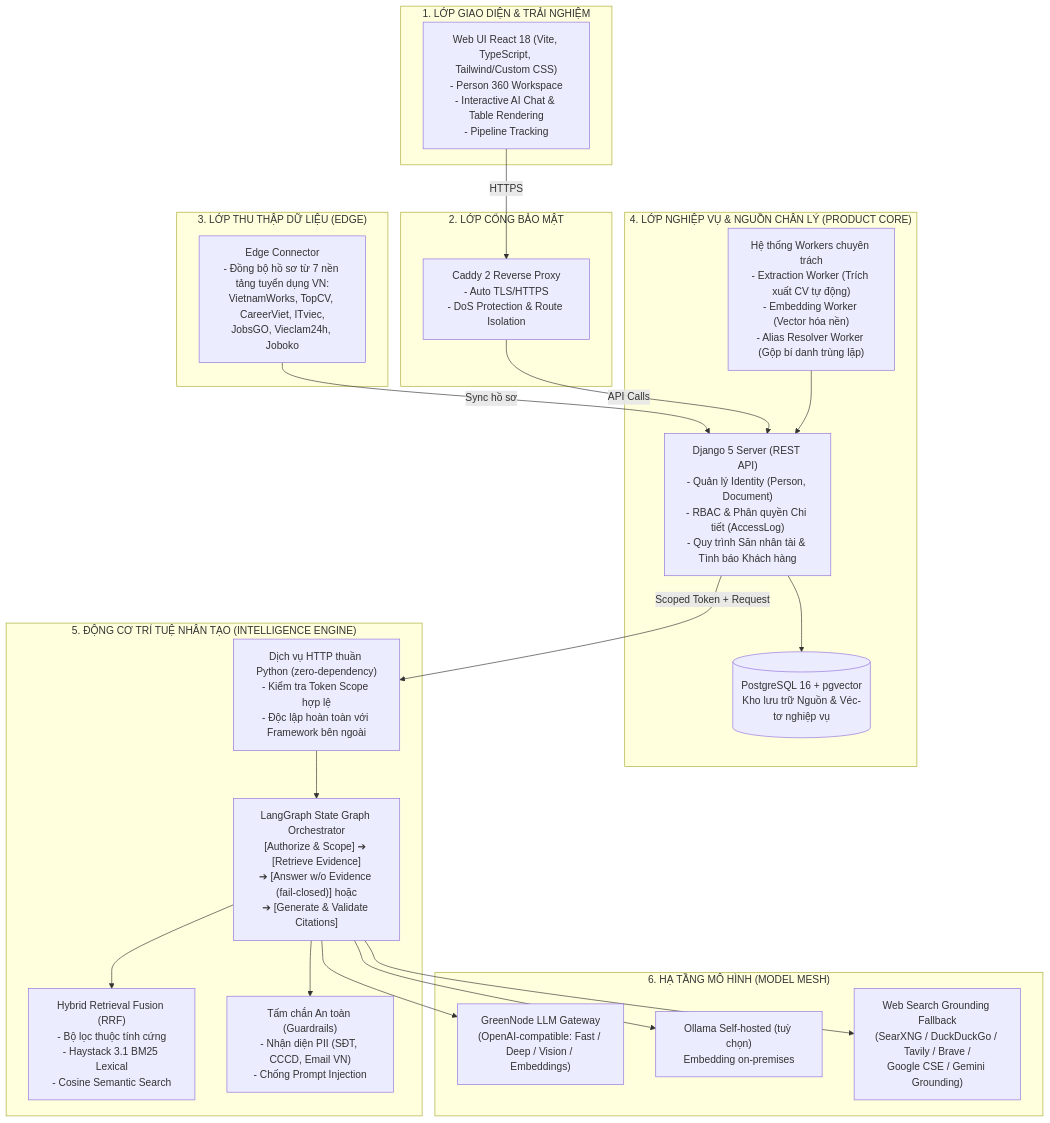
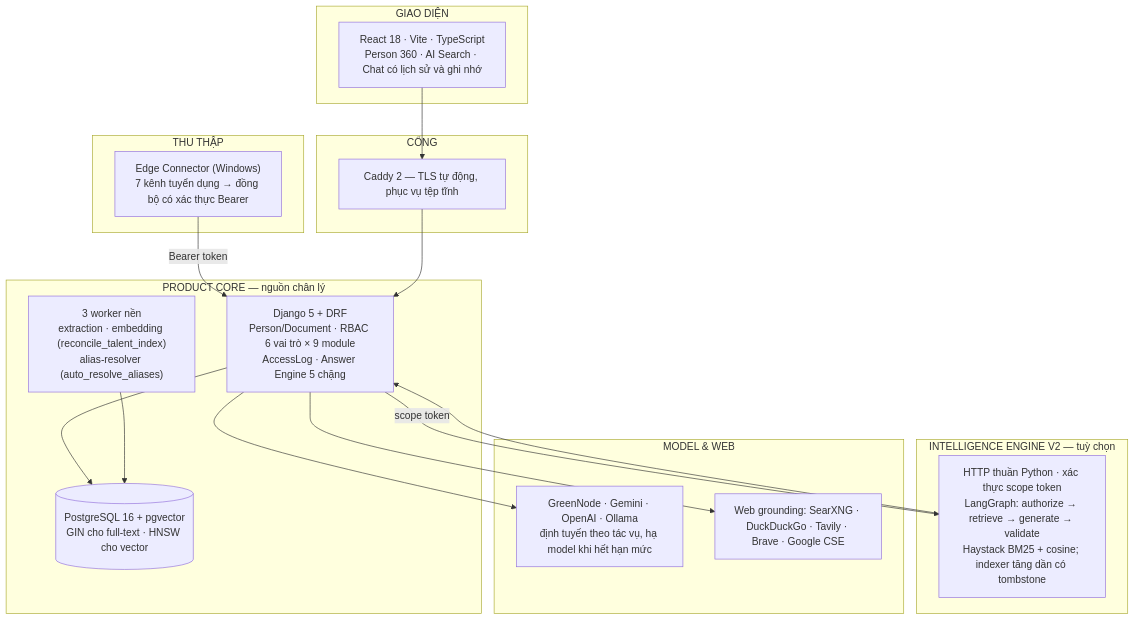
Before and after one commit to peopleflowvn/MSB-Radar-Intelligence: the second of 2 diagrams in README.md, drawn with Mermaid. The commit also changed other lines of this file and 6 other files, not shown here.

Commit message:
feat(search): phuc hoi the ung vien tu DB va them thao tac dot tuyen/nhiem vu san vao the trong chat

````diff
--- a/README.md
+++ b/README.md
@@ -105,46 +123,33 @@
 ```mermaid
 flowchart TB
-    subgraph UI_Layer["1. LỚP GIAO DIỆN & TRẢI NGHIỆM"]
-        Web["Web UI React 18 (Vite, TypeScript, Tailwind/Custom CSS)\n- Person 360 Workspace\n- Interactive AI Chat & Table Rendering\n- Pipeline Tracking"]
+    subgraph L1["GIAO DIỆN"]
+        Web["React 18 · Vite · TypeScript<br/>Person 360 · AI Search · Chat có lịch sử và ghi nhớ"]
+    end
+    subgraph L2["CỔNG"]
+        Caddy["Caddy 2 — TLS tự động, phục vụ tệp tĩnh"]
+    end
+    subgraph L3["THU THẬP"]
+        Edge["Edge Connector (Windows)<br/>7 kênh tuyển dụng → đồng bộ có xác thực Bearer"]
+    end
+    subgraph L4["PRODUCT CORE — nguồn chân lý"]
+        Hub["Django 5 + DRF<br/>Person/Document · RBAC 6 vai trò × 9 module<br/>AccessLog · Answer Engine 5 chặng"]
+        Workers["3 worker nền<br/>extraction · embedding (reconcile_talent_index)<br/>alias-resolver (auto_resolve_aliases)"]
+        DB[("PostgreSQL 16 + pgvector<br/>GIN cho full-text · HNSW cho vector")]
+    end
+    subgraph L5["INTELLIGENCE ENGINE V2 — tuỳ chọn"]
+        Intel["HTTP thuần Python · xác thực scope token<br/>LangGraph: authorize → retrieve → generate → validate<br/>Haystack BM25 + cosine; indexer tăng dần có tombstone"]
+    end
+    subgraph L6["MODEL & WEB"]
+        Models["GreenNode · Gemini · OpenAI · Ollama<br/>định tuyến theo tác vụ, hạ model khi hết hạn mức"]
+        WS["Web grounding: SearXNG · DuckDuckGo · Tavily · Brave · Google CSE"]
     end
 
-    subgraph Gateway_Layer["2. LỚP CỔNG BẢO MẬT"]
-        Caddy["Caddy 2 Reverse Proxy\n- Auto TLS/HTTPS\n- DoS Protection & Route Isolation"]
-    end
-
-    subgraph Data_Layer["3. LỚP THU THẬP DỮ LIỆU (EDGE)"]
-        Edge["Edge Connector\n- Đồng bộ hồ sơ từ 7 nền tảng tuyển dụng VN:\nVietnamWorks, TopCV, CareerViet, ITviec,\nJobsGO, Vieclam24h, Joboko"]
-    end
-
-    subgraph Core_Layer["4. LỚP NGHIỆP VỤ & NGUỒN CHÂN LÝ (PRODUCT CORE)"]
-        Hub["Django 5 Server (REST API)\n- Quản lý Identity (Person, Document)\n- RBAC & Phân quyền Chi tiết (AccessLog)\n- Quy trình Săn nhân tài & Tình báo Khách hàng"]
-        Workers["Hệ thống Workers chuyên trách\n- Extraction Worker (Trích xuất CV tự động)\n- Embedding Worker (Vector hóa nền)\n- Alias Resolver Worker (Gộp bí danh trùng lặp)"]
-        DB[(PostgreSQL 16 + pgvector\nKho lưu trữ Nguồn & Véc-tơ nghiệp vụ)]
-    end
-
-    subgraph Intel_Layer["5. ĐỘNG CƠ TRÍ TUỆ NHÂN TẠO (INTELLIGENCE ENGINE)"]
-        IntelAPI["Dịch vụ HTTP thuần Python (zero-dependency)\n- Kiểm tra Token Scope hợp lệ\n- Độc lập hoàn toàn với Framework bên ngoài"]
-        LangGraph["LangGraph State Graph Orchestrator\n[Authorize & Scope] ➔ [Retrieve Evidence]\n➔ [Answer w/o Evidence (fail-closed)] hoặc\n➔ [Generate & Validate Citations]"]
-        Retriever["Hybrid Retrieval Fusion (RRF)\n- Bộ lọc thuộc tính cứng\n- Haystack 3.1 BM25 Lexical\n- Cosine Semantic Search"]
-        Guard["Tấm chắn An toàn (Guardrails)\n- Nhận diện PII (SĐT, CCCD, Email VN)\n- Chống Prompt Injection"]
-    end
-
-    subgraph Provider_Layer["6. HẠ TẦNG MÔ HÌNH (MODEL MESH)"]
-        GreenNode["GreenNode LLM Gateway\n(OpenAI-compatible: Fast / Deep / Vision / Embeddings)"]
-        Ollama["Ollama Self-hosted (tuỳ chọn)\nEmbedding on-premises"]
-        WebGround["Web Search Grounding Fallback\n(SearXNG / DuckDuckGo / Tavily / Brave /\nGoogle CSE / Gemini Grounding)"]
-    end
-
-    Edge -->|Sync hồ sơ| Hub
-    Web -->|HTTPS| Caddy
-    Caddy -->|API Calls| Hub
+    Edge -->|Bearer token| Hub
+    Web --> Caddy --> Hub
     Hub --> DB
-    Workers --> Hub
-    Hub -->|Scoped Token + Request| IntelAPI
-    IntelAPI --> LangGraph
-    LangGraph --> Retriever
-    LangGraph --> Guard
-    LangGraph --> GreenNode
-    LangGraph --> Ollama
-    LangGraph --> WebGround
+    Workers --> DB
+    Hub -->|scope token| Intel
+    Intel --> Hub
+    Hub --> Models
+    Hub --> WS
 ```
````
